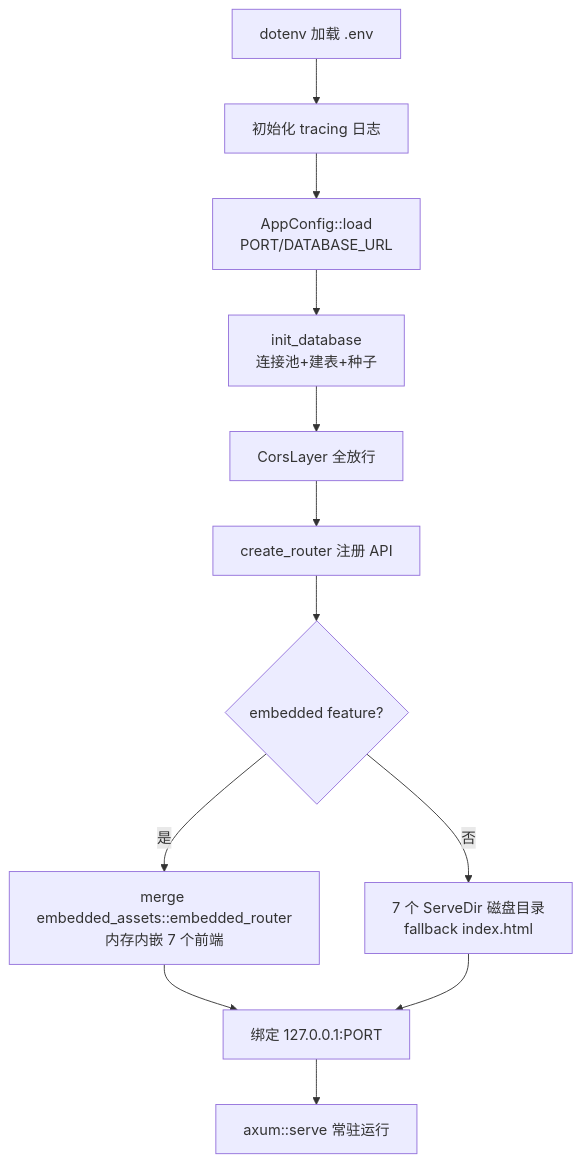
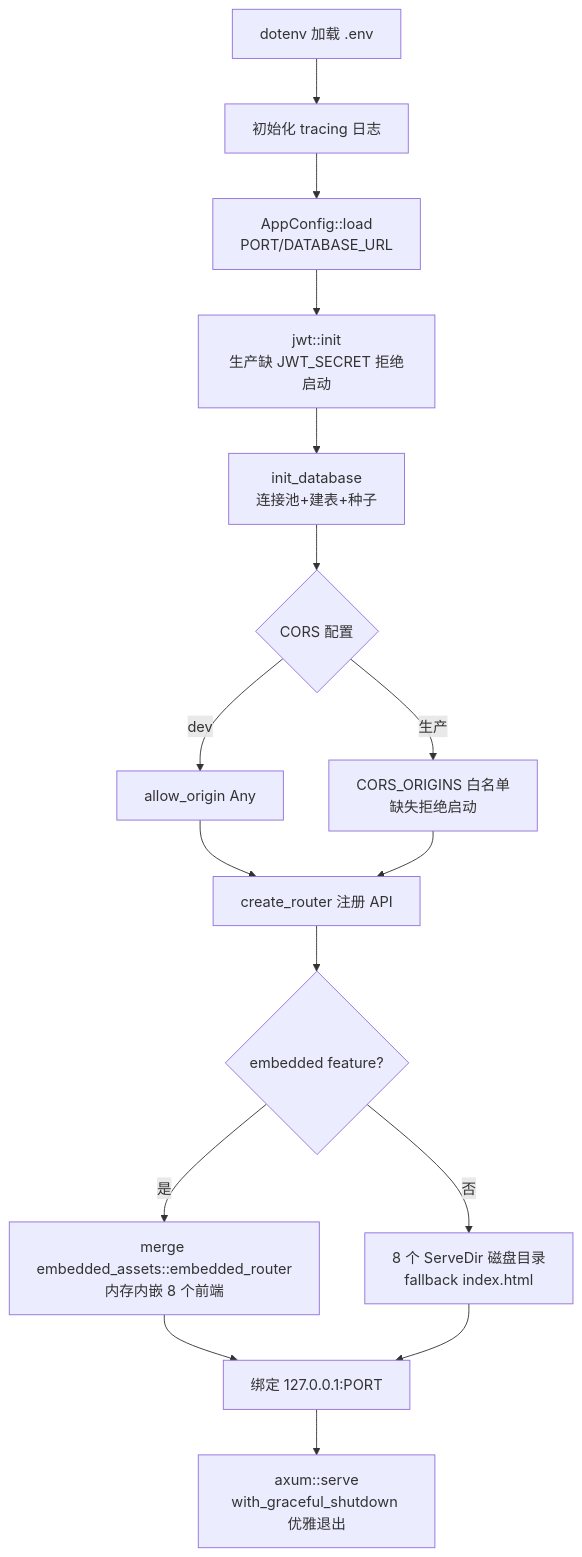
Before and after one commit to 3123958139/RustWeb-Vue: the second of 12 diagrams in docs/tutorial/03-后端逐模块精读.md, drawn with Mermaid. The commit also changed other lines of this file and 8 other files, not shown here.

````diff
--- a/docs/tutorial/03-后端逐模块精读.md
+++ b/docs/tutorial/03-后端逐模块精读.md
@@ -25,14 +113,18 @@
 ```mermaid
 flowchart TD
     A[dotenv 加载 .env] --> B[初始化 tracing 日志]
     B --> C[AppConfig::load<br/>PORT/DATABASE_URL]
-    C --> D[init_database<br/>连接池+建表+种子]
-    D --> E[CorsLayer 全放行]
-    E --> F[create_router 注册 API]
-    F --> G{embedded feature?}
-    G -->|是| H[merge embedded_assets::embedded_router<br/>内存内嵌 7 个前端]
-    G -->|否| I[7 个 ServeDir 磁盘目录<br/>fallback index.html]
-    H --> J[绑定 127.0.0.1:PORT]
-    I --> J
-    J --> K[axum::serve 常驻运行]
+    C --> D[jwt::init<br/>生产缺 JWT_SECRET 拒绝启动]
+    D --> E[init_database<br/>连接池+建表+种子]
+    E --> F{CORS 配置}
+    F -->|dev| G[allow_origin Any]
+    F -->|生产| H[CORS_ORIGINS 白名单<br/>缺失拒绝启动]
+    G --> I[create_router 注册 API]
+    H --> I
+    I --> J{embedded feature?}
+    J -->|是| K[merge embedded_assets::embedded_router<br/>内存内嵌 8 个前端]
+    J -->|否| L[8 个 ServeDir 磁盘目录<br/>fallback index.html]
+    K --> M[绑定 127.0.0.1:PORT]
+    L --> M
+    M --> N[axum::serve<br/>with_graceful_shutdown 优雅退出]
 ```
````
